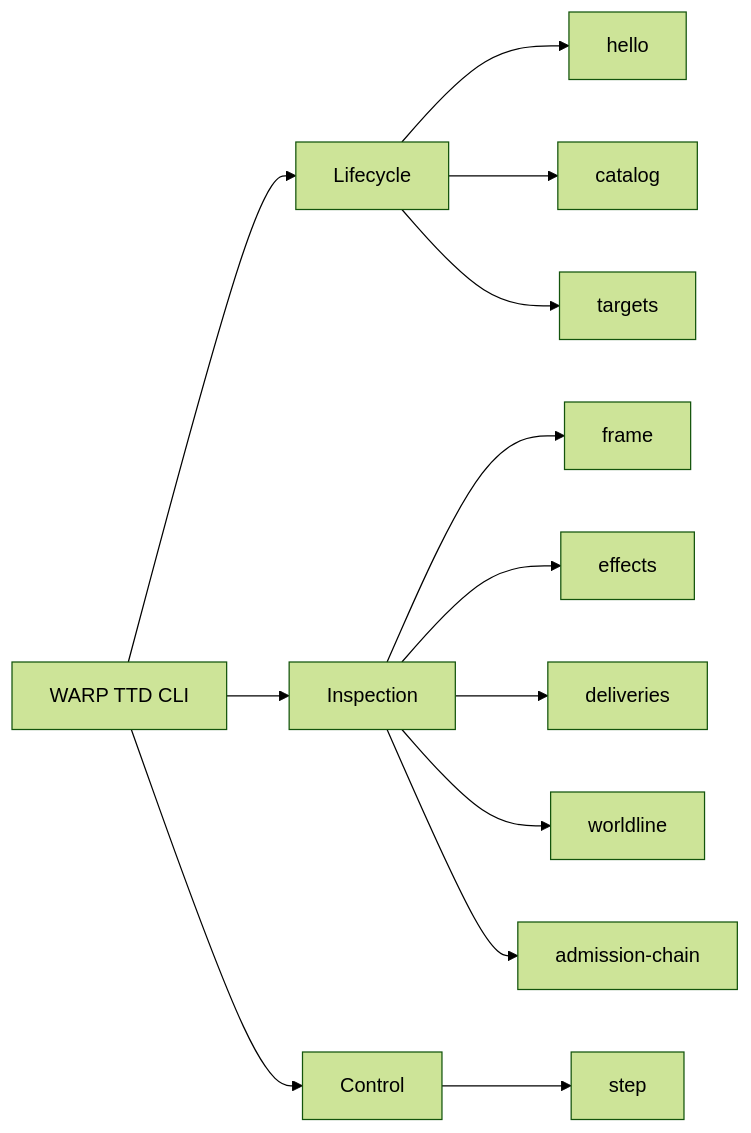
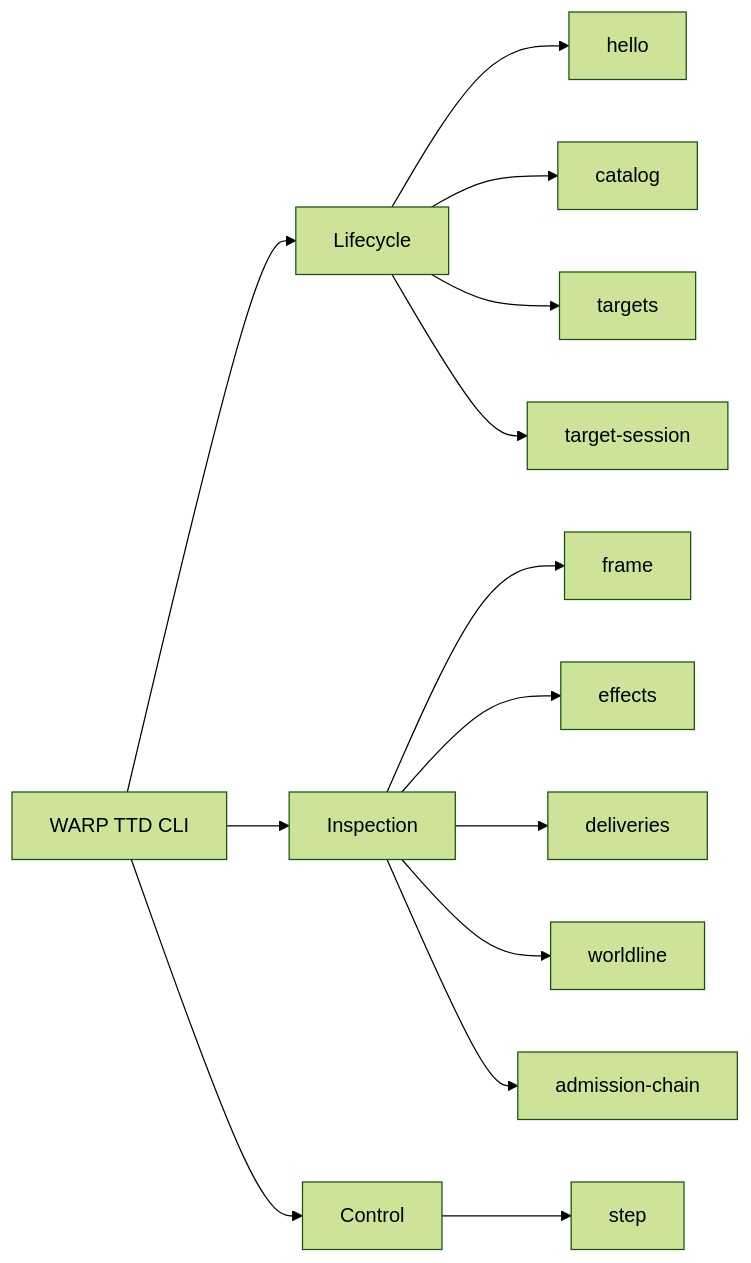
Before and after one commit to flyingrobots/warp-ttd: the diagram in docs/CLI.md, drawn with Mermaid (forest theme). The commit also changed other lines of this file and 6 other files, not shown here.

````diff
--- a/docs/CLI.md
+++ b/docs/CLI.md
@@ -6,15 +6,16 @@
 ```mermaid
 flowchart LR
     A[WARP TTD CLI] --> B[Lifecycle]
     A --> C[Inspection]
     A --> D[Control]
     B --> B1[hello]
     B --> B2[catalog]
     B --> B3[targets]
+    B --> B4[target-session]
     C --> C1[frame]
     C --> C2[effects]
     C --> C3[deliveries]
     C --> C4[worldline]
     C --> C5[admission-chain]
     D --> D1[step]
 ```
````
